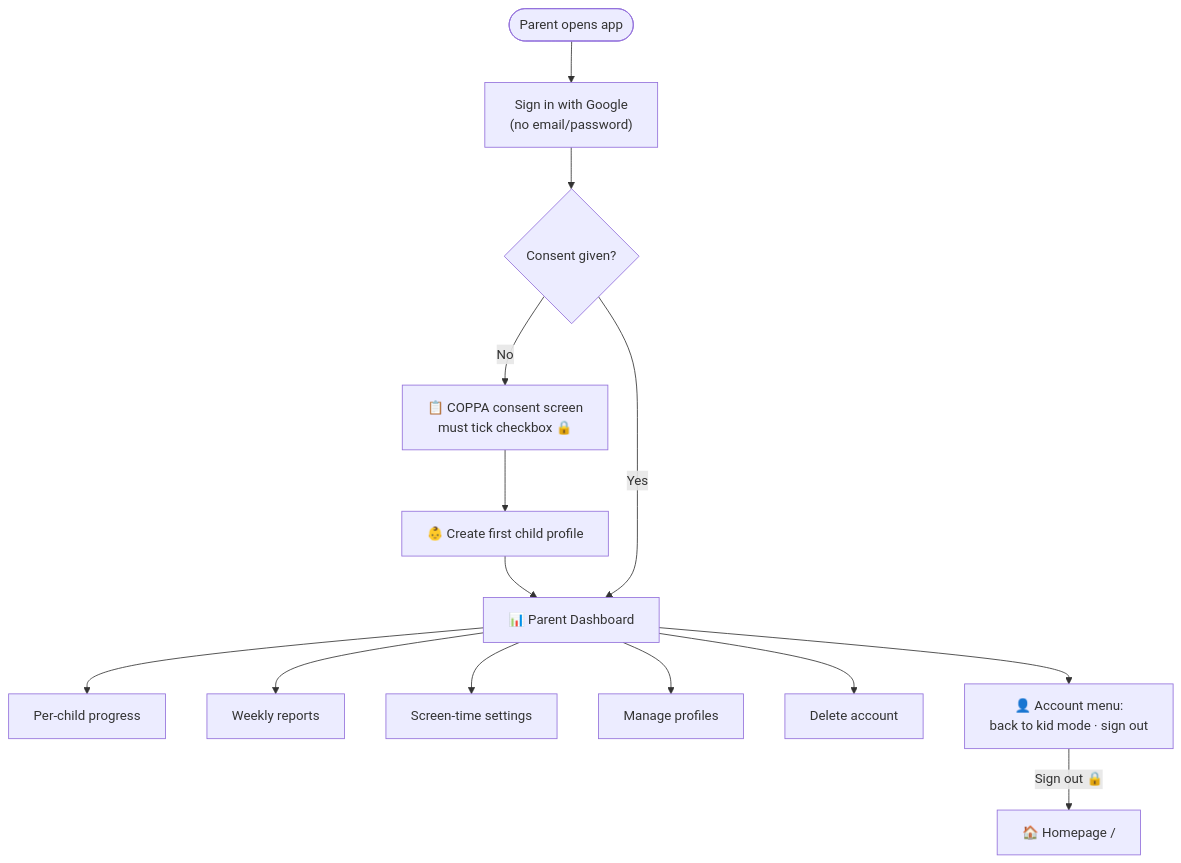
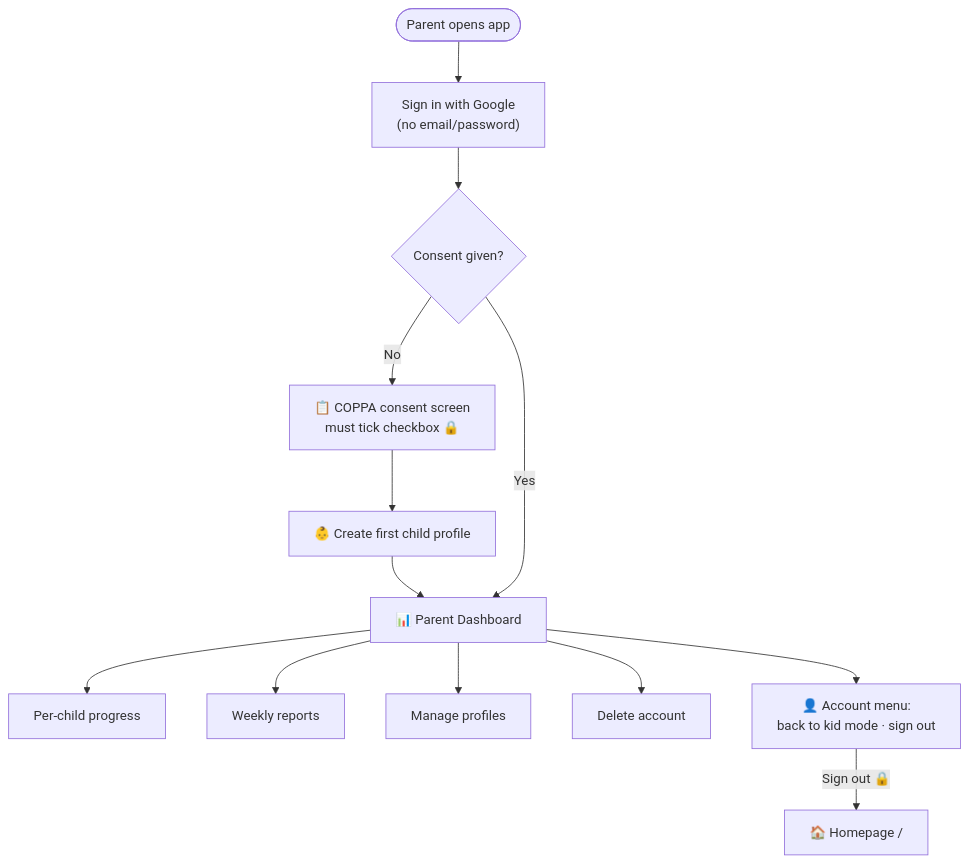
One commit to salmanbd100/kidlearn changed diagram 12 of 26 in document/user-journey-manual.md. Above: the diagram before and after it, drawn with Mermaid. The commit also changed other lines of this file and 106 other files, not shown here.

First line of the commit message:
feat: remove parental screen-time controls

````diff
--- a/document/user-journey-manual.md
+++ b/document/user-journey-manual.md
@@ -422,17 +402,16 @@
 ```mermaid
 flowchart TD
     Start([Parent opens app]) --> Google["Sign in with Google<br/>(no email/password)"]
     Google --> Consent{Consent given?}
     Consent -->|No| C["📋 COPPA consent screen<br/>must tick checkbox 🔒"]
     C --> Child1["👶 Create first child profile"]
     Child1 --> Dash
     Consent -->|Yes| Dash["📊 Parent Dashboard"]
 
     Dash --> D1[Per-child progress]
     Dash --> D2[Weekly reports]
-    Dash --> D3[Screen-time settings]
     Dash --> D4[Manage profiles]
     Dash --> D5[Delete account]
     Dash --> D6["👤 Account menu:<br/>back to kid mode · sign out"]
     D6 -->|Sign out 🔒| Home["🏠 Homepage /"]
 ```
````
